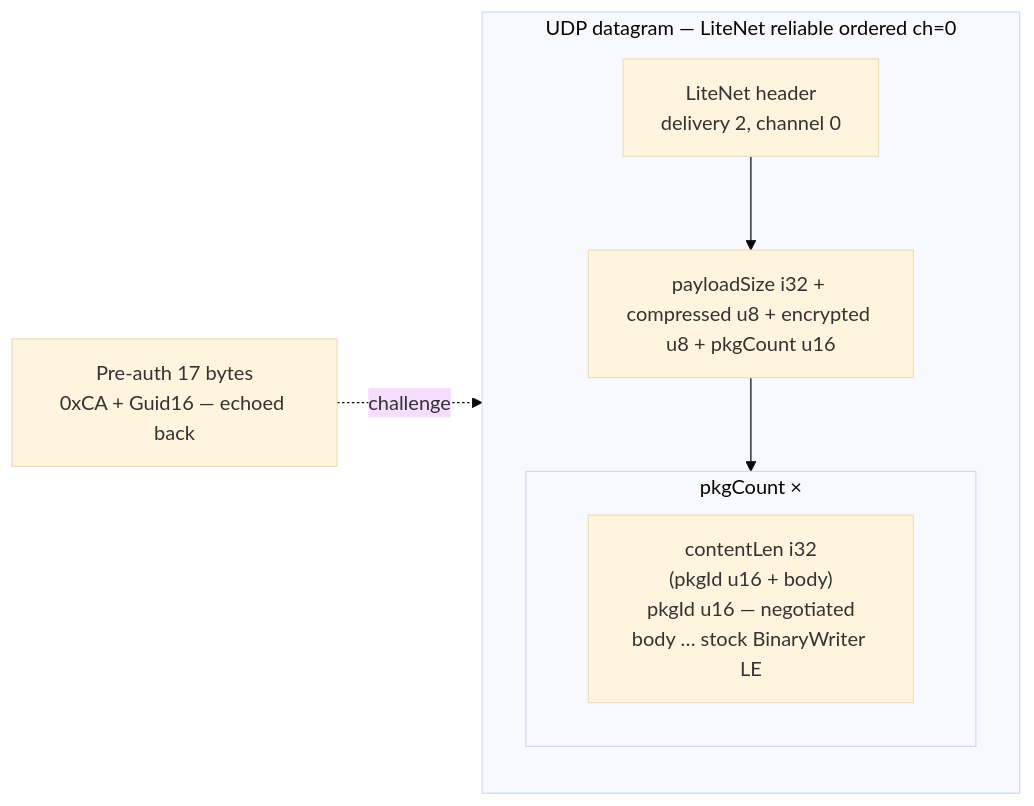
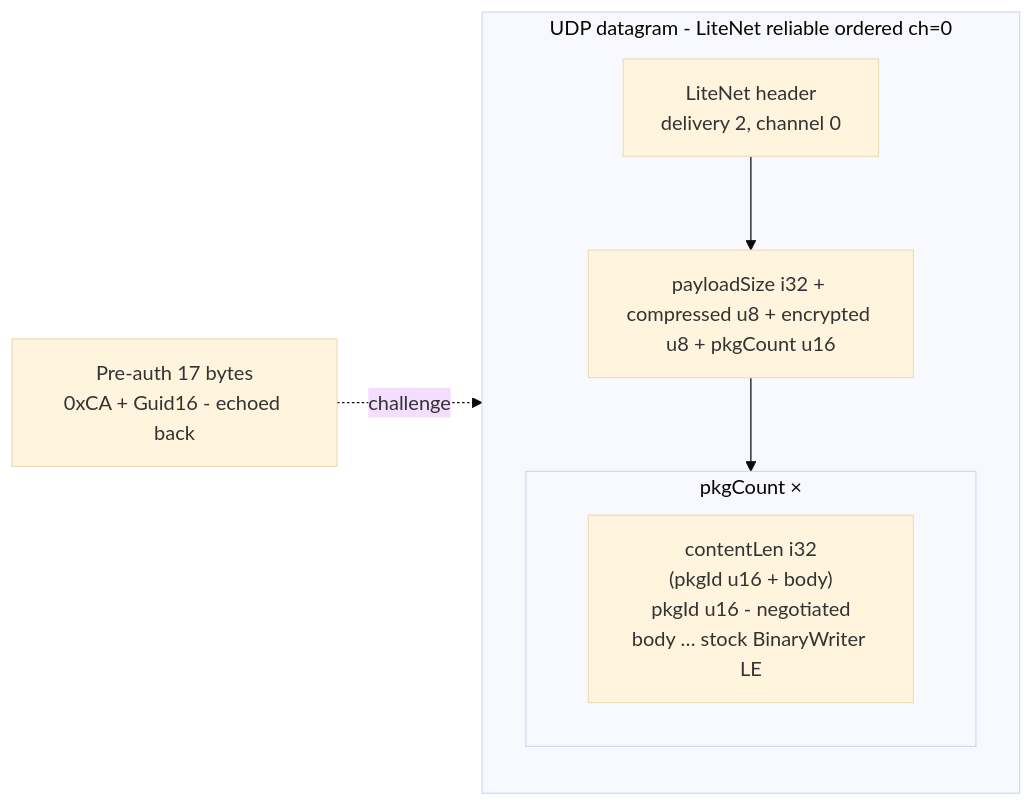
The fifth of 19 diagrams in docs/ARCHITECTURE.md (hordeforge/zdtd-server), drawn with Mermaid (base theme) before and after one commit. The commit also changed other lines of this file and 118 other files, not shown here.

````diff
--- a/docs/ARCHITECTURE.md
+++ b/docs/ARCHITECTURE.md
@@ -267,14 +267,14 @@
 ```mermaid
 flowchart LR
-    subgraph udp["UDP datagram — LiteNet reliable ordered ch=0"]
+    subgraph udp["UDP datagram - LiteNet reliable ordered ch=0"]
         direction TB
         H1["LiteNet header<br/>delivery 2, channel 0"]
         ENV["payloadSize i32 + compressed u8 + encrypted u8 + pkgCount u16"]
         subgraph pkgs["pkgCount ×"]
-            P["contentLen i32<br/>(pkgId u16 + body)<br/>pkgId u16 — negotiated<br/>body … stock BinaryWriter LE"]
+            P["contentLen i32<br/>(pkgId u16 + body)<br/>pkgId u16 - negotiated<br/>body … stock BinaryWriter LE"]
         end
         H1 --> ENV --> pkgs
     end
-    CHAL["Pre-auth 17 bytes<br/>0xCA + Guid16 — echoed back"]
+    CHAL["Pre-auth 17 bytes<br/>0xCA + Guid16 - echoed back"]
     CHAL -. challenge .-> udp
 ```
````
